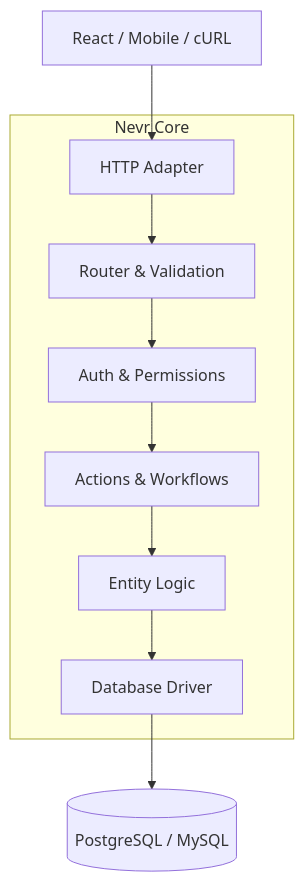
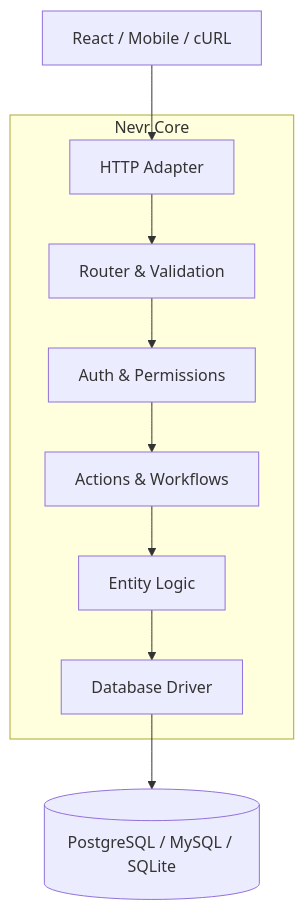
The diagram in docs/docs/get-started/introduction.md (nevr-ts/nevr), drawn with Mermaid before and after one commit. The commit also changed other lines of this file and 48 other files, not shown here.

````diff
--- a/docs/docs/get-started/introduction.md
+++ b/docs/docs/get-started/introduction.md
@@ -150,12 +150,12 @@
 ```mermaid
 graph TD
     Client[React / Mobile / cURL] --> API[HTTP Adapter]
     subgraph "Nevr Core"
         API --> Router[Router & Validation]
         Router --> Auth[Auth & Permissions]
         Auth --> Workflow[Actions & Workflows]
         Workflow --> Entity[Entity Logic]
         Entity --> Driver[Database Driver]
     end
-    Driver --> DB[(PostgreSQL / MySQL)]
+    Driver --> DB[(PostgreSQL / MySQL / SQLite)]
 ```
````
